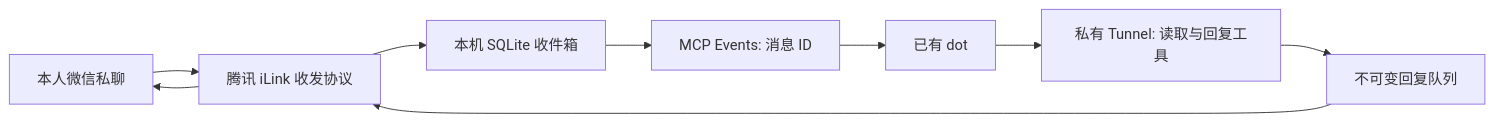
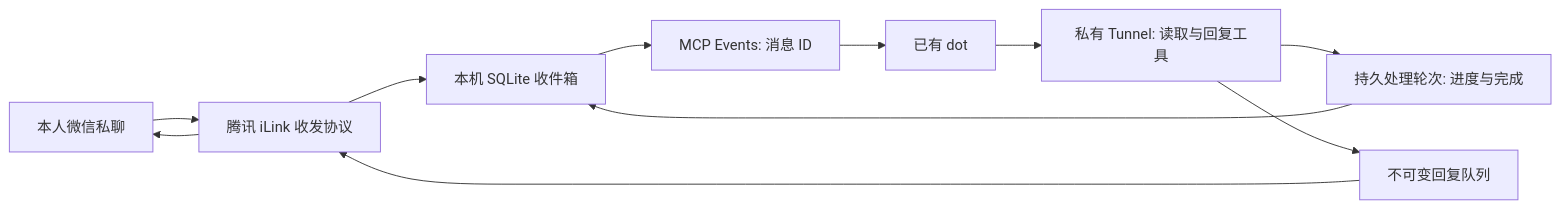
The diagram in README.md (cd233ljx/wechat-dot-bridge), drawn with Mermaid before and after one commit. The commit also changed other lines of this file and 10 other files, not shown here.

````diff
--- a/README.md
+++ b/README.md
@@ -9,11 +9,13 @@
 ```mermaid
 flowchart LR
     WX[本人微信私聊] --> I[腾讯 iLink 收发协议]
     I --> Q[本机 SQLite 收件箱]
     Q --> E[MCP Events: 消息 ID]
     E --> D[已有 dot]
     D --> T[私有 Tunnel: 读取与回复工具]
+    T --> P[持久处理轮次: 进度与完成]
+    P --> Q
     T --> O[不可变回复队列]
     O --> I
     I --> WX
 ```
````
